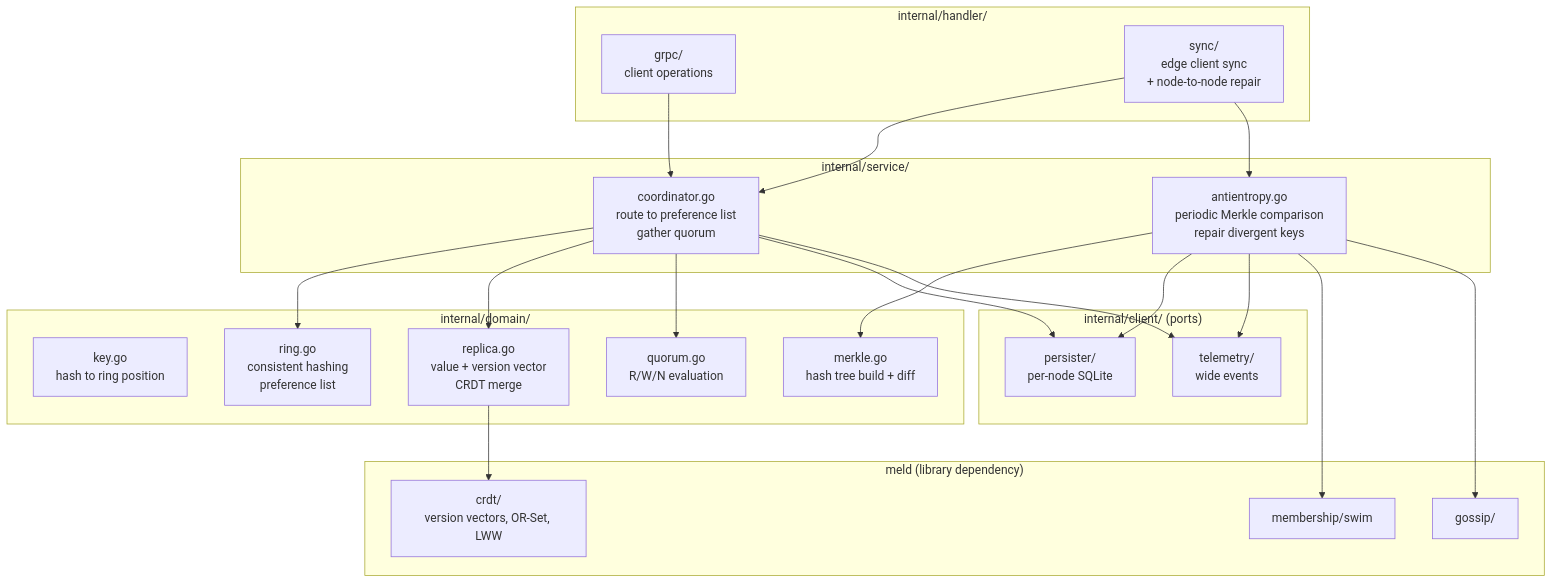
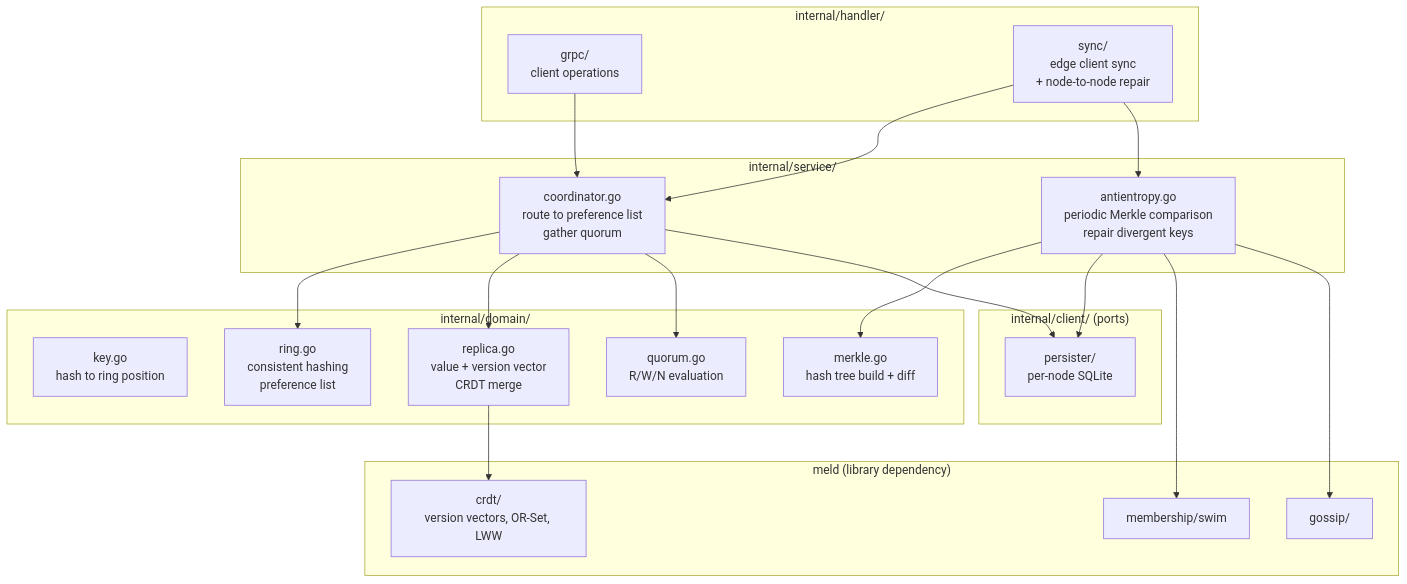
One commit to w-h-a/delta changed the first of 4 diagrams in README.md. Above: the diagram before and after it, drawn with Mermaid. The commit also changed other lines of this file, not shown here.

Commit message:
docs: update README (#3)

````diff
--- a/README.md
+++ b/README.md
@@ -13,46 +13,43 @@
 ```mermaid
 graph TD
     subgraph "internal/domain/"
         KEY[key.go<br/>hash to ring position]
         RING[ring.go<br/>consistent hashing<br/>preference list]
         REP[replica.go<br/>value + version vector<br/>CRDT merge]
         QRM[quorum.go<br/>R/W/N evaluation]
         MRK[merkle.go<br/>hash tree build + diff]
     end
 
     subgraph "internal/service/"
         COORD[coordinator.go<br/>route to preference list<br/>gather quorum]
         AE[antientropy.go<br/>periodic Merkle comparison<br/>repair divergent keys]
     end
 
     subgraph "internal/handler/"
         GRPC[grpc/<br/>client operations]
         SYNC[sync/<br/>edge client sync<br/>+ node-to-node repair]
     end
 
     subgraph "internal/client/ (ports)"
         PER[persister/<br/>per-node SQLite]
-        TEL[telemetry/<br/>wide events]
     end
 
     subgraph "meld (library dependency)"
         CRDT[crdt/<br/>version vectors, OR-Set, LWW]
         MEMB[membership/swim]
         GOSSIP[gossip/]
     end
 
     COORD --> RING
     COORD --> REP
     COORD --> QRM
     COORD --> PER
-    COORD --> TEL
     AE --> MRK
     AE --> PER
-    AE --> TEL
     GRPC --> COORD
     SYNC --> COORD
     SYNC --> AE
     REP --> CRDT
     AE --> MEMB
     AE --> GOSSIP
 ```
````
